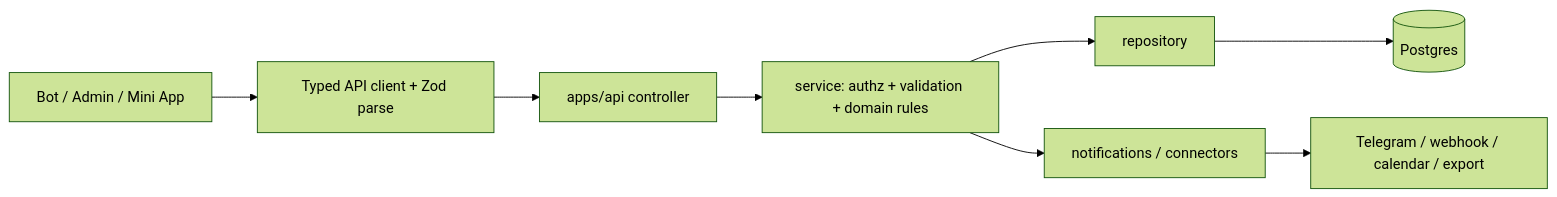
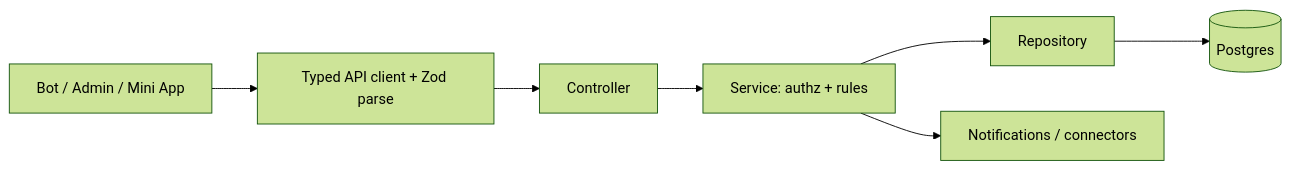
One commit to IldarRash/BeosendApp changed the diagram in docs/architecture/overview.md. Above: the diagram before and after it, drawn with Mermaid (forest theme). The commit also changed other lines of this file and 14 other files, not shown here.

````diff
--- a/docs/architecture/overview.md
+++ b/docs/architecture/overview.md
@@ -52,10 +38,9 @@
 ```mermaid
 flowchart LR
   UI[Bot / Admin / Mini App] --> CLIENT[Typed API client + Zod parse]
-  CLIENT --> API[apps/api controller]
-  API --> SVC[service: authz + validation + domain rules]
-  SVC --> REPO[repository]
+  CLIENT --> API[Controller]
+  API --> SVC[Service: authz + rules]
+  SVC --> REPO[Repository]
   REPO --> DB[(Postgres)]
-  SVC --> OUT[notifications / connectors]
-  OUT --> EXT[Telegram / webhook / calendar / export]
+  SVC --> OUT[Notifications / connectors]
 ```
````
